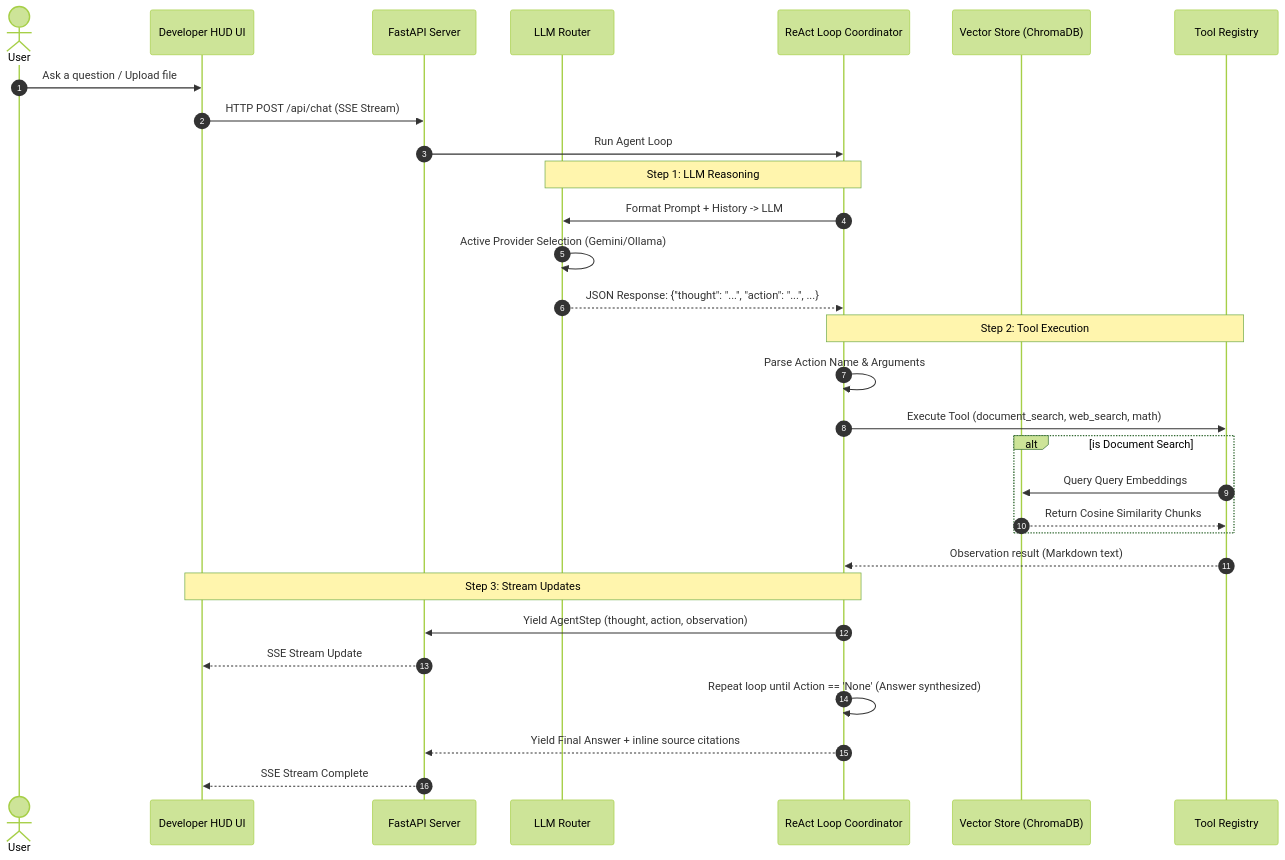
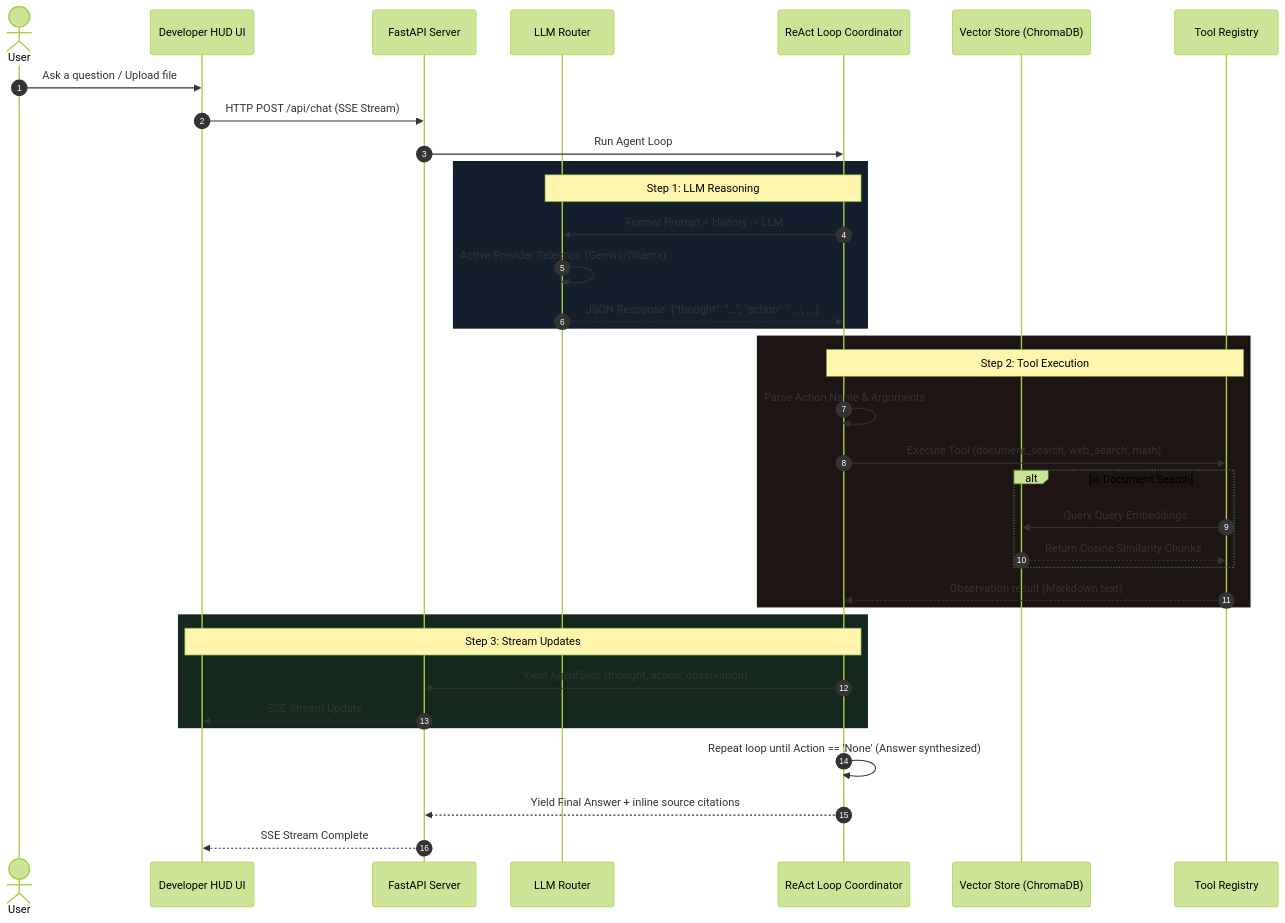
Before and after one commit to stev-stack-bot/research7: the diagram in aa.md, drawn with Mermaid (forest theme).

````diff
--- a/aa.md
+++ b/aa.md
@@ -16,37 +16,43 @@
 ```mermaid
 sequenceDiagram
     autonumber
     actor User
     participant HUD as Developer HUD UI
     participant API as FastAPI Server
     participant Router as LLM Router
     participant Agent as ReAct Loop Coordinator
     participant Store as Vector Store (ChromaDB)
     participant Tool as Tool Registry
 
     User->>HUD: Ask a question / Upload file
     HUD->>API: HTTP POST /api/chat (SSE Stream)
     API->>Agent: Run Agent Loop
     
-    note over Agent, Router: Step 1: LLM Reasoning
-    Agent->>Router: Format Prompt + History -> LLM
-    Router->>Router: Active Provider Selection (Gemini/Ollama)
-    Router-->>Agent: JSON Response: {"thought": "...", "action": "...", ...}
+    rect rgb(20, 30, 45)
+        note over Agent, Router: Step 1: LLM Reasoning
+        Agent->>Router: Format Prompt + History -> LLM
+        Router->>Router: Active Provider Selection (Gemini/Ollama)
+        Router-->>Agent: JSON Response: {"thought": "...", "action": "...", ...}
+    end
 
-    note over Agent, Tool: Step 2: Tool Execution
-    Agent->>Agent: Parse Action Name & Arguments
-    Agent->>Tool: Execute Tool (document_search, web_search, math)
-    alt is Document Search
-        Tool->>Store: Query Query Embeddings
-        Store-->>Tool: Return Cosine Similarity Chunks
+    rect rgb(30, 20, 20)
+        note over Agent, Tool: Step 2: Tool Execution
+        Agent->>Agent: Parse Action Name & Arguments
+        Agent->>Tool: Execute Tool (document_search, web_search, math)
+        alt is Document Search
+            Tool->>Store: Query Query Embeddings
+            Store-->>Tool: Return Cosine Similarity Chunks
+        end
+        Tool-->>Agent: Observation result (Markdown text)
     end
-    Tool-->>Agent: Observation result (Markdown text)
 
-    note over Agent, HUD: Step 3: Stream Updates
-    Agent->>API: Yield AgentStep (thought, action, observation)
-    API-->>HUD: SSE Stream Update
+    rect rgb(20, 40, 30)
+        note over Agent, HUD: Step 3: Stream Updates
+        Agent->>API: Yield AgentStep (thought, action, observation)
+        API-->>HUD: SSE Stream Update
+    end
 
     Agent->>Agent: Repeat loop until Action == 'None' (Answer synthesized)
     Agent-->>API: Yield Final Answer + inline source citations
     API-->>HUD: SSE Stream Complete
 ```
````
